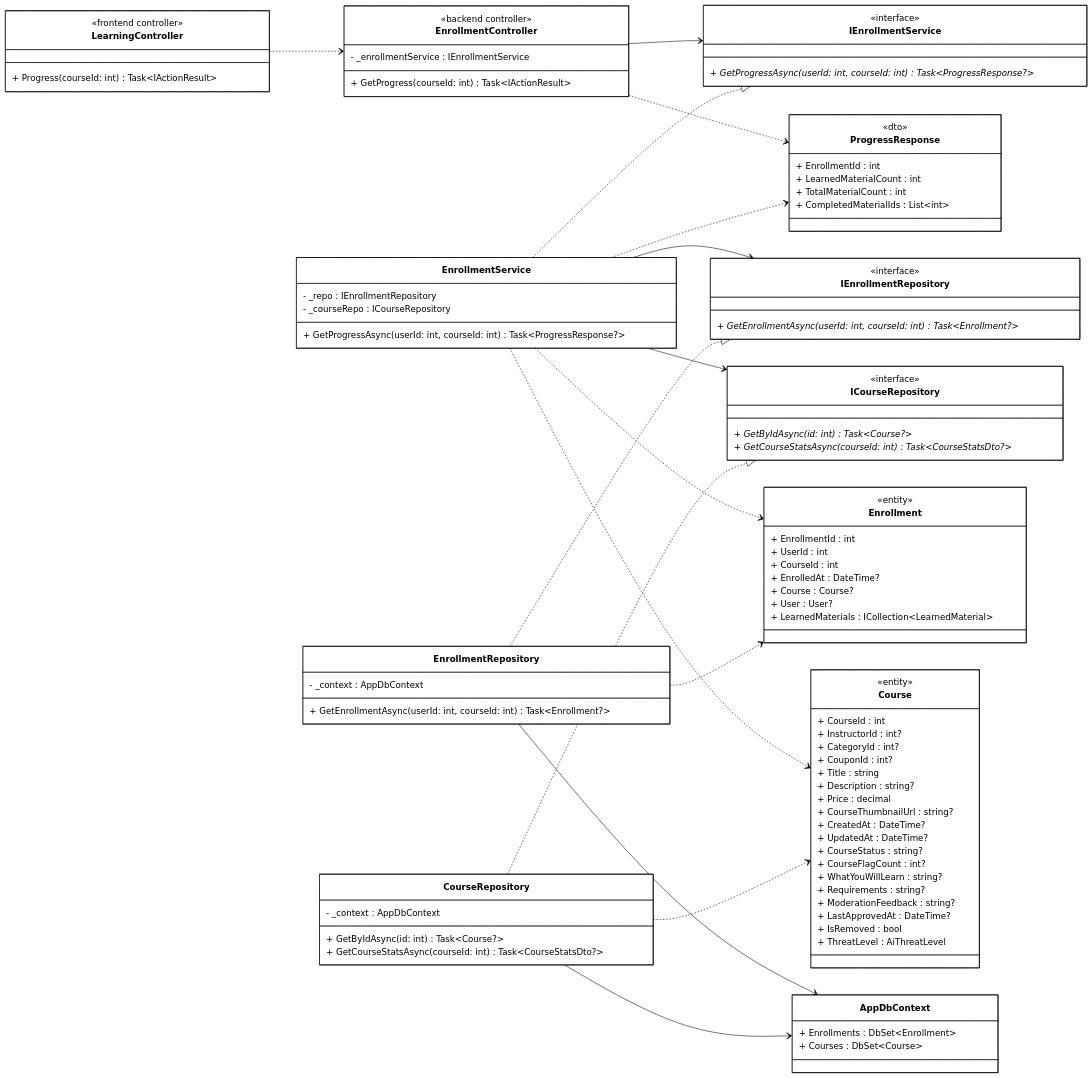
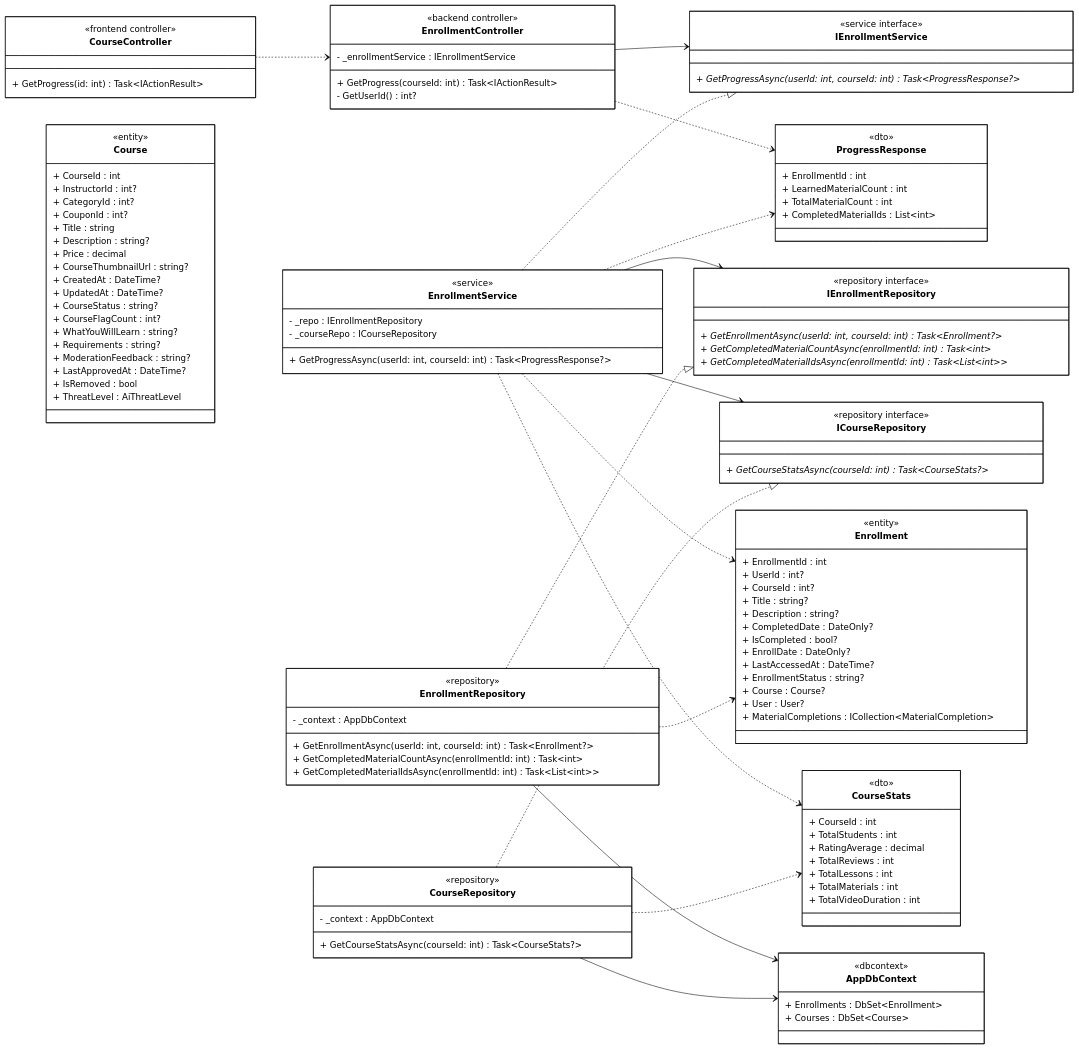
Before and after one commit to 1000do/Linked: the diagram in diagrams/class_mermaid/user_course/cls_mm_view_learning_progress.mmd, drawn with Mermaid (forest theme). The commit also changed 95 other files, not shown here.

Commit message:
feat: add comprehensive system architecture diagrams for user, instructor, and admin modules

```diff
--- a/diagrams/class_mermaid/user_course/cls_mm_view_learning_progress.mmd
+++ b/diagrams/class_mermaid/user_course/cls_mm_view_learning_progress.mmd
@@ -1,139 +1,163 @@
 classDiagram
 direction LR
 
 %% ==================== FRONTEND ====================
 
-class LearningControllerFE["LearningController"] {
+class CourseControllerFE["CourseController"] {
     <<frontend controller>>
-    + Progress(courseId: int) Task~IActionResult~
+    + GetProgress(id: int) Task~IActionResult~
 }
 
 %% ==================== BACKEND - CONTROLLER ====================
 
-class EnrollmentController {
+class EnrollmentControllerBE["EnrollmentController"] {
     <<backend controller>>
     - _enrollmentService : IEnrollmentService
     
     + GetProgress(courseId: int) Task~IActionResult~
+    - GetUserId() int?
 }
 
 %% ==================== BACKEND - DTOs ====================
 
 class ProgressResponse {
     <<dto>>
     + EnrollmentId : int
     + LearnedMaterialCount : int
     + TotalMaterialCount : int
     + CompletedMaterialIds : List~int~
 }
 
+class CourseStats {
+    <<dto>>
+    + CourseId : int
+    + TotalStudents : int
+    + RatingAverage : decimal
+    + TotalReviews : int
+    + TotalLessons : int
+    + TotalMaterials : int
+    + TotalVideoDuration : int
+}
+
 %% ==================== BACKEND - DOMAIN ENTITIES ====================
 
 class Enrollment {
     <<entity>>
     + EnrollmentId : int
-    + UserId : int
-    + CourseId : int
-    + EnrolledAt : DateTime?
+    + UserId : int?
+    + CourseId : int?
+    + Title : string?
+    + Description : string?
+    + CompletedDate : DateOnly?
+    + IsCompleted : bool?
+    + EnrollDate : DateOnly?
+    + LastAccessedAt : DateTime?
+    + EnrollmentStatus : string?
     + Course : Course?
     + User : User?
-    + LearnedMaterials : ICollection~LearnedMaterial~
+    + MaterialCompletions : ICollection~MaterialCompletion~
 }
 
 class Course {
     <<entity>>
     + CourseId : int
     + InstructorId : int?
     + CategoryId : int?
     + CouponId : int?
     + Title : string
     + Description : string?
     + Price : decimal
     + CourseThumbnailUrl : string?
     + CreatedAt : DateTime?
     + UpdatedAt : DateTime?
     + CourseStatus : string?
     + CourseFlagCount : int?
     + WhatYouWillLearn : string?
     + Requirements : string?
     + ModerationFeedback : string?
     + LastApprovedAt : DateTime?
     + IsRemoved : bool
     + ThreatLevel : AiThreatLevel
 }
 
 %% ==================== BACKEND - SERVICE INTERFACES ====================
 
 class IEnrollmentService {
-    <<interface>>
+    <<service interface>>
     + GetProgressAsync(userId: int, courseId: int) Task~ProgressResponse?~ *
 }
 
 class IEnrollmentRepository {
-    <<interface>>
+    <<repository interface>>
     + GetEnrollmentAsync(userId: int, courseId: int) Task~Enrollment?~ *
+    + GetCompletedMaterialCountAsync(enrollmentId: int) Task~int~ *
+    + GetCompletedMaterialIdsAsync(enrollmentId: int) Task~List~int~~ *
 }
 
 class ICourseRepository {
-    <<interface>>
-    + GetByIdAsync(id: int) Task~Course?~ *
-    + GetCourseStatsAsync(courseId: int) Task~CourseStatsDto?~ *
+    <<repository interface>>
+    + GetCourseStatsAsync(courseId: int) Task~CourseStats?~ *
 }
 
 %% ==================== BACKEND - SERVICE IMPLEMENTATION ====================
 
 class EnrollmentService {
+    <<service>>
     - _repo : IEnrollmentRepository
     - _courseRepo : ICourseRepository
     
     + GetProgressAsync(userId: int, courseId: int) Task~ProgressResponse?~
 }
 
 %% ==================== BACKEND - REPOSITORY IMPLEMENTATION ====================
 
 class EnrollmentRepository {
+    <<repository>>
     - _context : AppDbContext
     
     + GetEnrollmentAsync(userId: int, courseId: int) Task~Enrollment?~
+    + GetCompletedMaterialCountAsync(enrollmentId: int) Task~int~
+    + GetCompletedMaterialIdsAsync(enrollmentId: int) Task~List~int~~
 }
 
 class CourseRepository {
+    <<repository>>
     - _context : AppDbContext
     
-    + GetByIdAsync(id: int) Task~Course?~
-    + GetCourseStatsAsync(courseId: int) Task~CourseStatsDto?~
+    + GetCourseStatsAsync(courseId: int) Task~CourseStats?~
 }
 
 %% ==================== BACKEND - DbContext ====================
 
 class AppDbContext {
+    <<dbcontext>>
     + Enrollments : DbSet~Enrollment~
     + Courses : DbSet~Course~
 }
 
 %% ==================== RELATIONSHIPS ====================
 
 %% === UNIDIRECTIONAL ASSOCIATION ===
-EnrollmentController --> IEnrollmentService
+EnrollmentControllerBE --> IEnrollmentService
 EnrollmentService --> IEnrollmentRepository
 EnrollmentService --> ICourseRepository
 EnrollmentRepository --> AppDbContext
 CourseRepository --> AppDbContext
 
 %% === INTERFACE REALIZATION ===
 EnrollmentService ..|> IEnrollmentService
 EnrollmentRepository ..|> IEnrollmentRepository
 CourseRepository ..|> ICourseRepository
 
 %% === DEPENDENCY ===
-LearningControllerFE ..> EnrollmentController
-EnrollmentController ..> ProgressResponse
+CourseControllerFE ..> EnrollmentControllerBE
+EnrollmentControllerBE ..> ProgressResponse
 EnrollmentService ..> ProgressResponse
 EnrollmentService ..> Enrollment
-EnrollmentService ..> Course
+EnrollmentService ..> CourseStats
 EnrollmentRepository ..> Enrollment
-CourseRepository ..> Course
+CourseRepository ..> CourseStats
 
 %% ==================== STYLES ====================
 
 classDef default fill:#FFFFFF,stroke:#000000,stroke-width:1px,color:#000000
```
